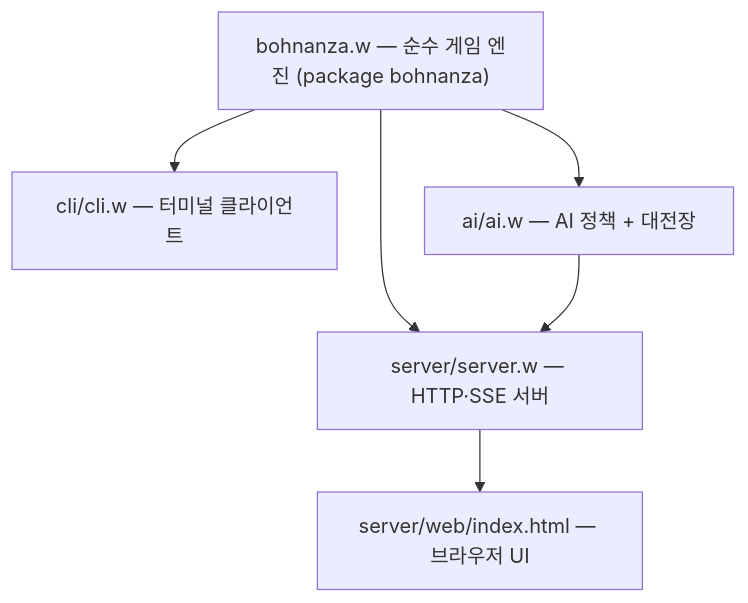
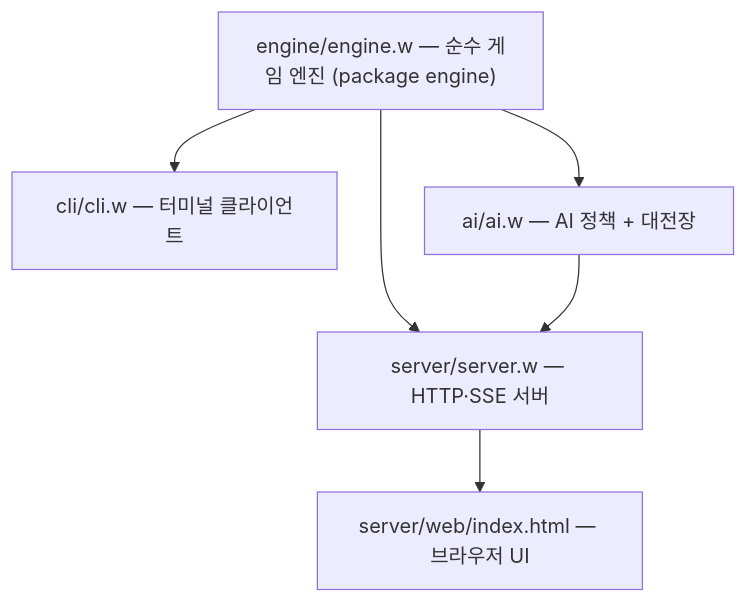
One commit to sjnam/bohnanza changed the diagram in README.md. Above: the diagram before and after it, drawn with Mermaid. The commit also changed other lines of this file and 7 other files, not shown here.

````diff
--- a/README.md
+++ b/README.md
@@ -34,9 +35,9 @@
 ```mermaid
 graph TD
-  E["bohnanza.w — 순수 게임 엔진 (package bohnanza)"]
+  E["engine/engine.w — 순수 게임 엔진 (package engine)"]
   E --> C["cli/cli.w — 터미널 클라이언트"]
   E --> B["ai/ai.w — AI 정책 + 대전장"]
   E --> S["server/server.w — HTTP·SSE 서버"]
   B --> S
   S --> W["server/web/index.html — 브라우저 UI"]
 ```
````
